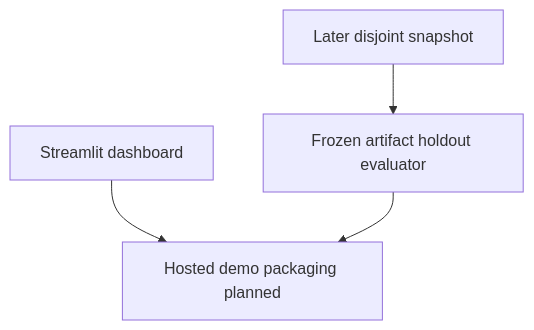
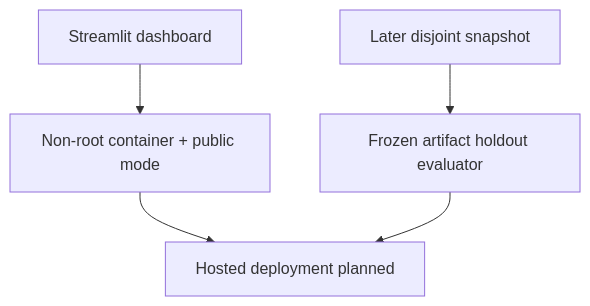
The sixth of 6 diagrams in docs/ARCHITECTURE.md (ConquestorYa/threatfusion-ai), drawn with Mermaid before and after one commit. The commit also changed other lines of this file, not shown here.

Commit message:
docs: document public deployment boundary

````diff
--- a/docs/ARCHITECTURE.md
+++ b/docs/ARCHITECTURE.md
@@ -104,6 +104,7 @@
 ```mermaid
 flowchart TD
-    Dashboard[Streamlit dashboard] --> Hosted[Hosted demo packaging planned]
+    Dashboard[Streamlit dashboard] --> Container[Non-root container + public mode]
+    Container --> Hosted[Hosted deployment planned]
     Holdout[Later disjoint snapshot] --> Eval[Frozen artifact holdout evaluator]
     Eval --> Hosted
 ```
````
